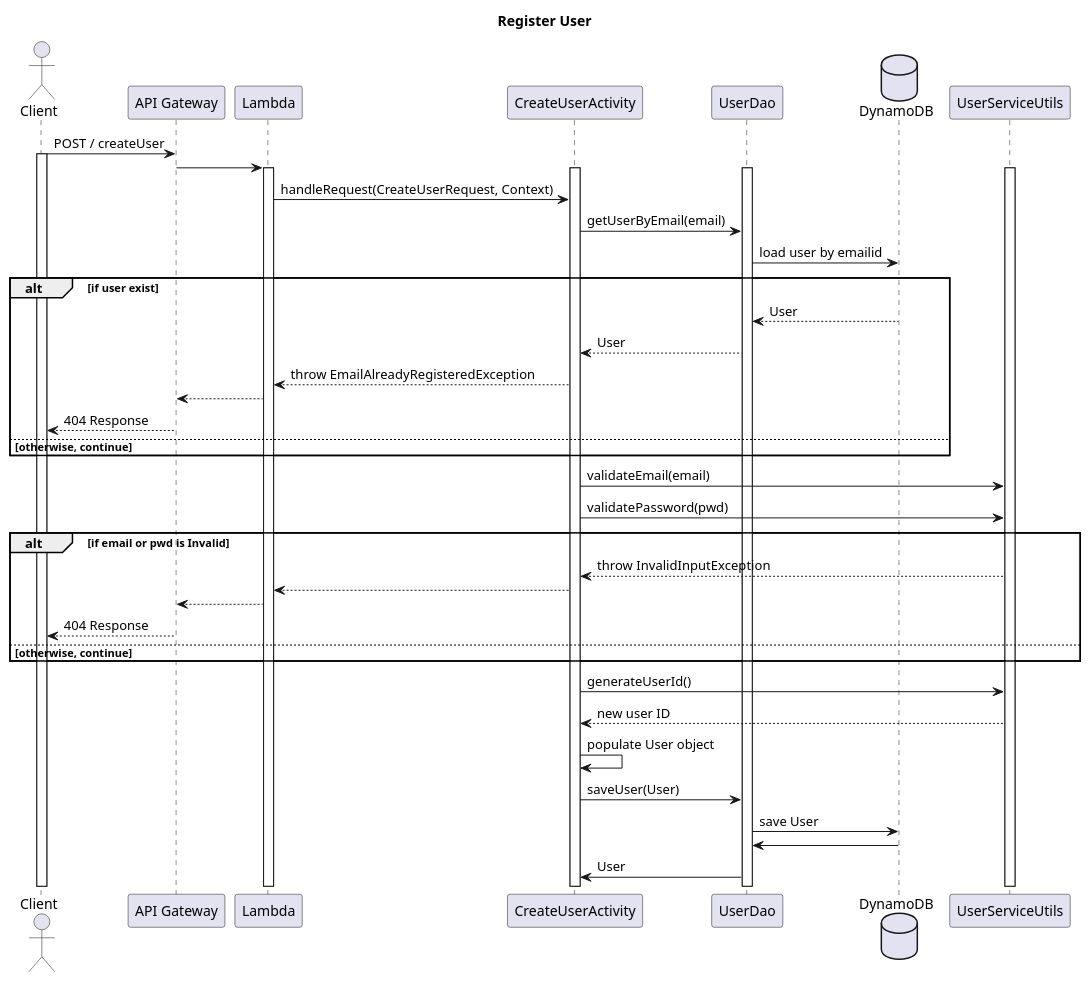
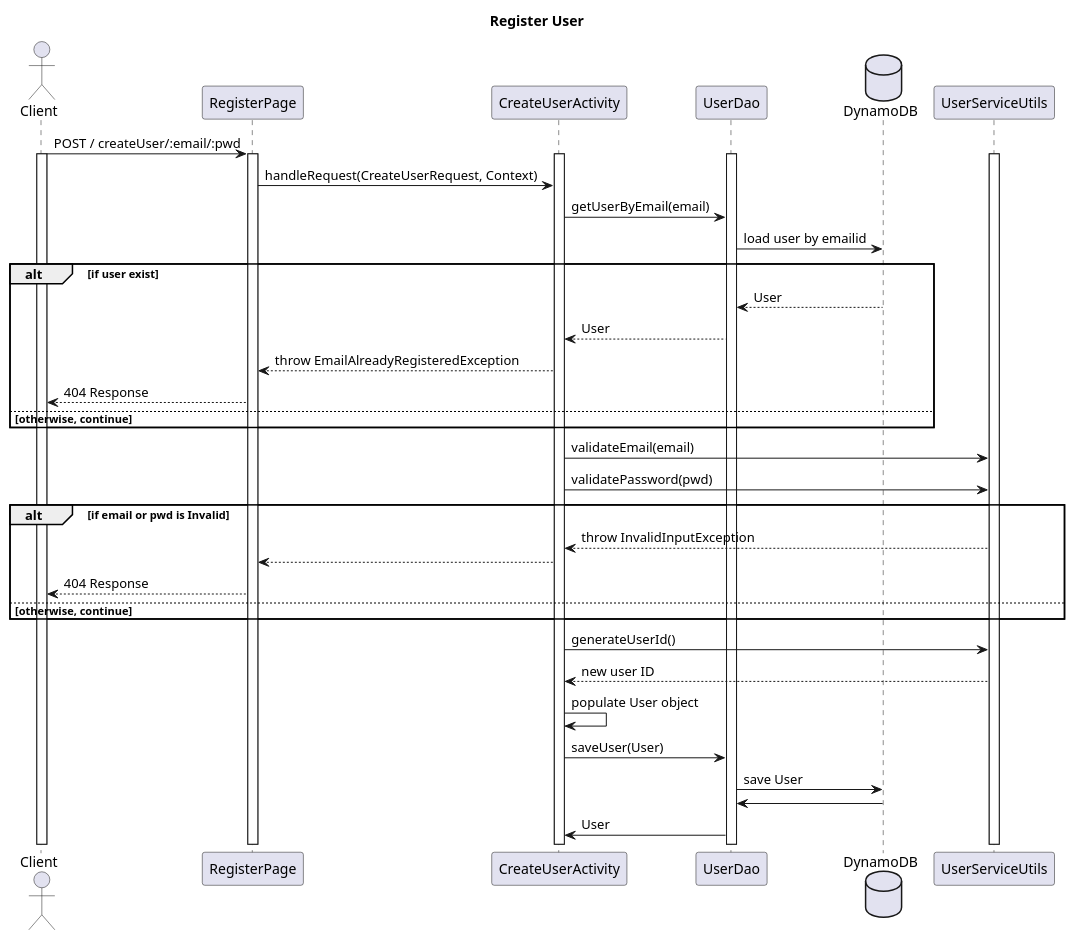
Before and after one commit to BloomTechBackend/bd-team-project-priyanka: the diagram in project_documents/registeruserSD.puml, drawn with PlantUML. The commit also changed 11 other files, not shown here.

```diff
--- a/project_documents/registeruserSD.puml
+++ b/project_documents/registeruserSD.puml
@@ -1,50 +1,46 @@
 @startuml
 title Register User
 
 actor Client
-participant "API Gateway" as APIGateway
-participant Lambda
+participant RegisterPage
 participant CreateUserActivity
 participant UserDao
 database DynamoDB
 
-Client -> APIGateway : POST / createUser
+Client -> RegisterPage : POST / createUser/:email/:pwd
 activate Client
-APIGateway -> Lambda
-activate Lambda
+activate RegisterPage
 activate CreateUserActivity
 activate UserServiceUtils
 activate UserDao
-Lambda -> CreateUserActivity:  handleRequest(CreateUserRequest, Context)
+RegisterPage -> CreateUserActivity:  handleRequest(CreateUserRequest, Context)
 CreateUserActivity -> UserDao : getUserByEmail(email)
 UserDao -> DynamoDB : load user by emailid
 alt if user exist
     UserDao <-- DynamoDB : User
     CreateUserActivity <-- UserDao : User
-    Lambda <-- CreateUserActivity : throw EmailAlreadyRegisteredException
-    APIGateway <-- Lambda
-    Client <-- APIGateway : 404 Response
+    RegisterPage <-- CreateUserActivity : throw EmailAlreadyRegisteredException
+    Client <-- RegisterPage : 404 Response
 else otherwise, continue
 end
 CreateUserActivity -> UserServiceUtils : validateEmail(email)
 CreateUserActivity -> UserServiceUtils : validatePassword(pwd)
 alt if email or pwd is Invalid
     CreateUserActivity <-- UserServiceUtils : throw InvalidInputException
-    Lambda <-- CreateUserActivity
-    APIGateway <-- Lambda
-    Client <-- APIGateway : 404 Response
+    RegisterPage <-- CreateUserActivity
+    Client <-- RegisterPage : 404 Response
 else otherwise, continue
 end
 CreateUserActivity -> UserServiceUtils : generateUserId()
 CreateUserActivity <-- UserServiceUtils : new user ID
 
 CreateUserActivity -> CreateUserActivity : populate User object
 CreateUserActivity -> UserDao : saveUser(User)
 UserDao -> DynamoDB : save User
 UserDao <- DynamoDB
 CreateUserActivity <- UserDao : User
 
 
 
 
 @enduml
```
